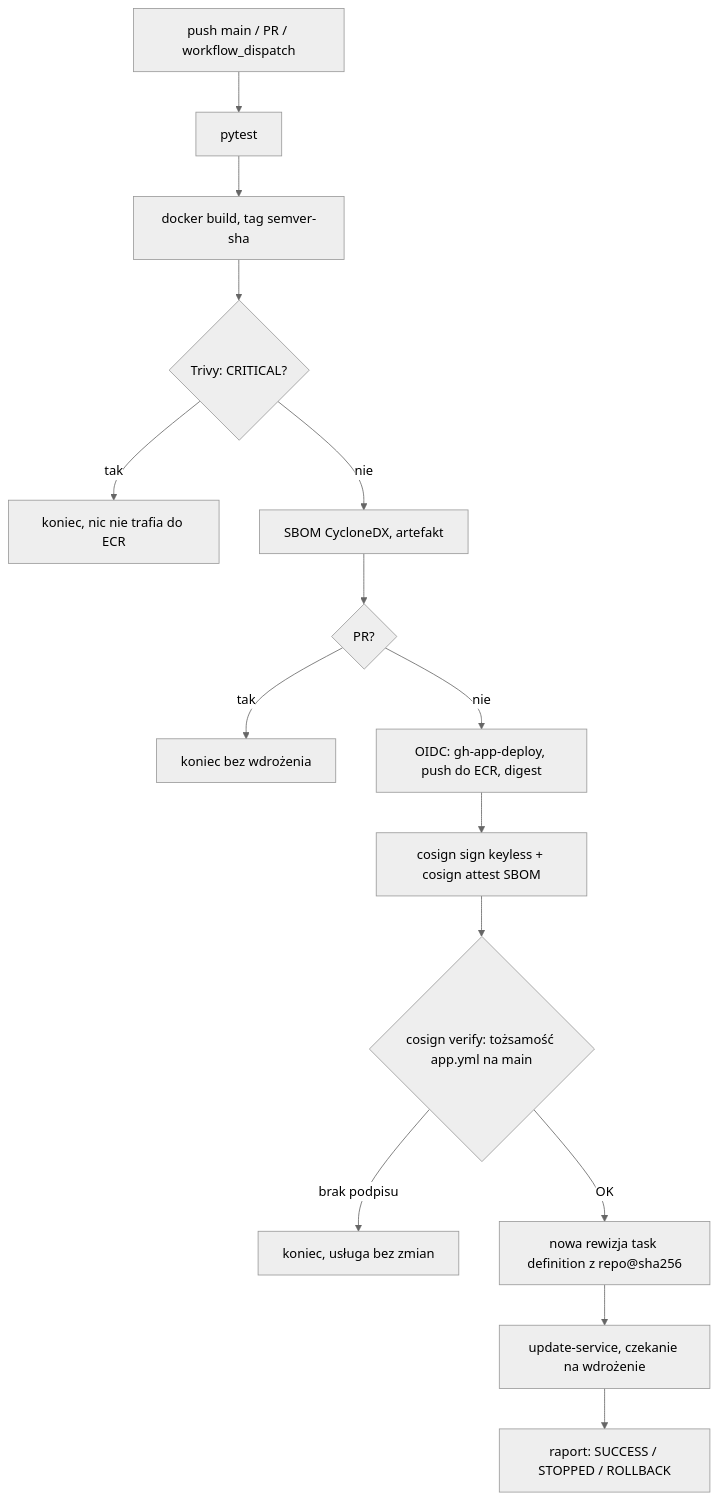
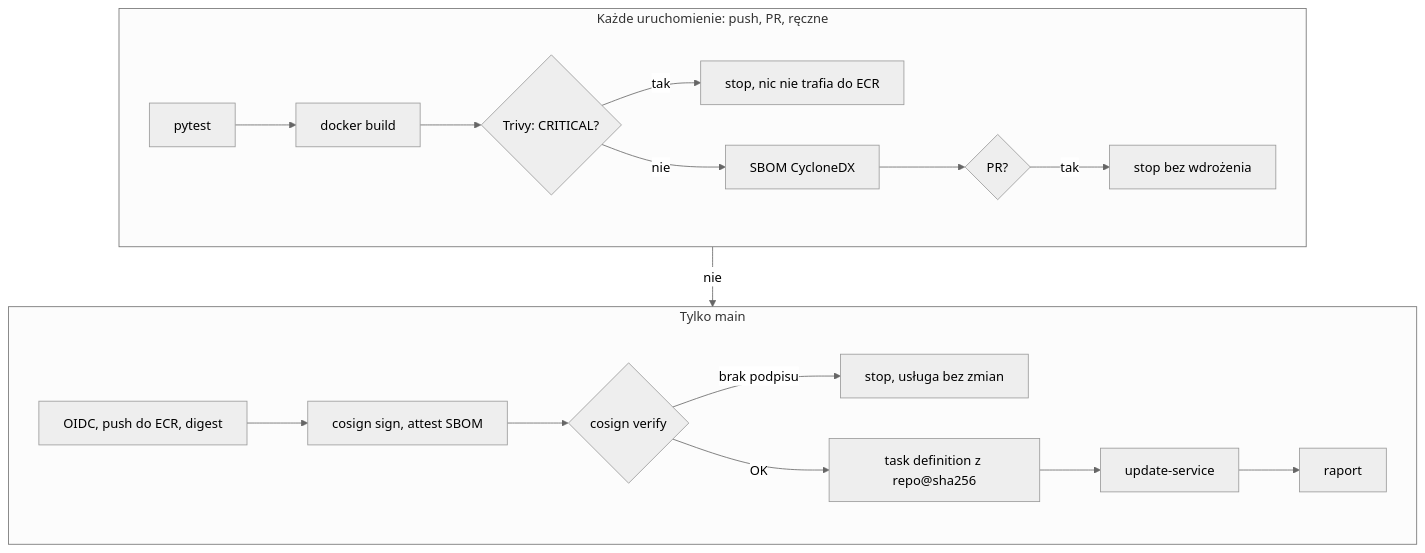
One commit to marcinbator/ecs-supply-chain changed the second of 4 diagrams in docs/architecture.md. Above: the diagram before and after it, drawn with Mermaid (neutral theme). The commit also changed other lines of this file and 10 other files, not shown here.

````diff
--- a/docs/architecture.md
+++ b/docs/architecture.md
@@ -35,17 +35,17 @@
 ```mermaid
-flowchart TD
-  A[push main / PR / workflow_dispatch] --> B[pytest]
-  B --> C[docker build, tag semver-sha]
-  C --> D{Trivy: CRITICAL?}
-  D -->|tak| X[koniec, nic nie trafia do ECR]
-  D -->|nie| E[SBOM CycloneDX, artefakt]
-  E --> F{PR?}
-  F -->|tak| Y[koniec bez wdrożenia]
-  F -->|nie| G[OIDC: gh-app-deploy, push do ECR, digest]
-  G --> H[cosign sign keyless + cosign attest SBOM]
-  H --> I{cosign verify: tożsamość app.yml na main}
-  I -->|brak podpisu| Z[koniec, usługa bez zmian]
-  I -->|OK| J[nowa rewizja task definition z repo@sha256]
-  J --> K[update-service, czekanie na wdrożenie]
-  K --> L[raport: SUCCESS / STOPPED / ROLLBACK]
+flowchart TB
+  subgraph ci [Każde uruchomienie: push, PR, ręczne]
+    direction LR
+    B[pytest] --> C[docker build] --> D{Trivy: CRITICAL?}
+    D -->|tak| X[stop, nic nie trafia do ECR]
+    D -->|nie| E[SBOM CycloneDX] --> F{PR?}
+    F -->|tak| Y[stop bez wdrożenia]
+  end
+  subgraph cd [Tylko main]
+    direction LR
+    G[OIDC, push do ECR, digest] --> H[cosign sign, attest SBOM] --> I{cosign verify}
+    I -->|brak podpisu| Z[stop, usługa bez zmian]
+    I -->|OK| J[task definition z repo@sha256] --> K[update-service] --> L[raport]
+  end
+  ci -->|nie| cd
 ```
````
